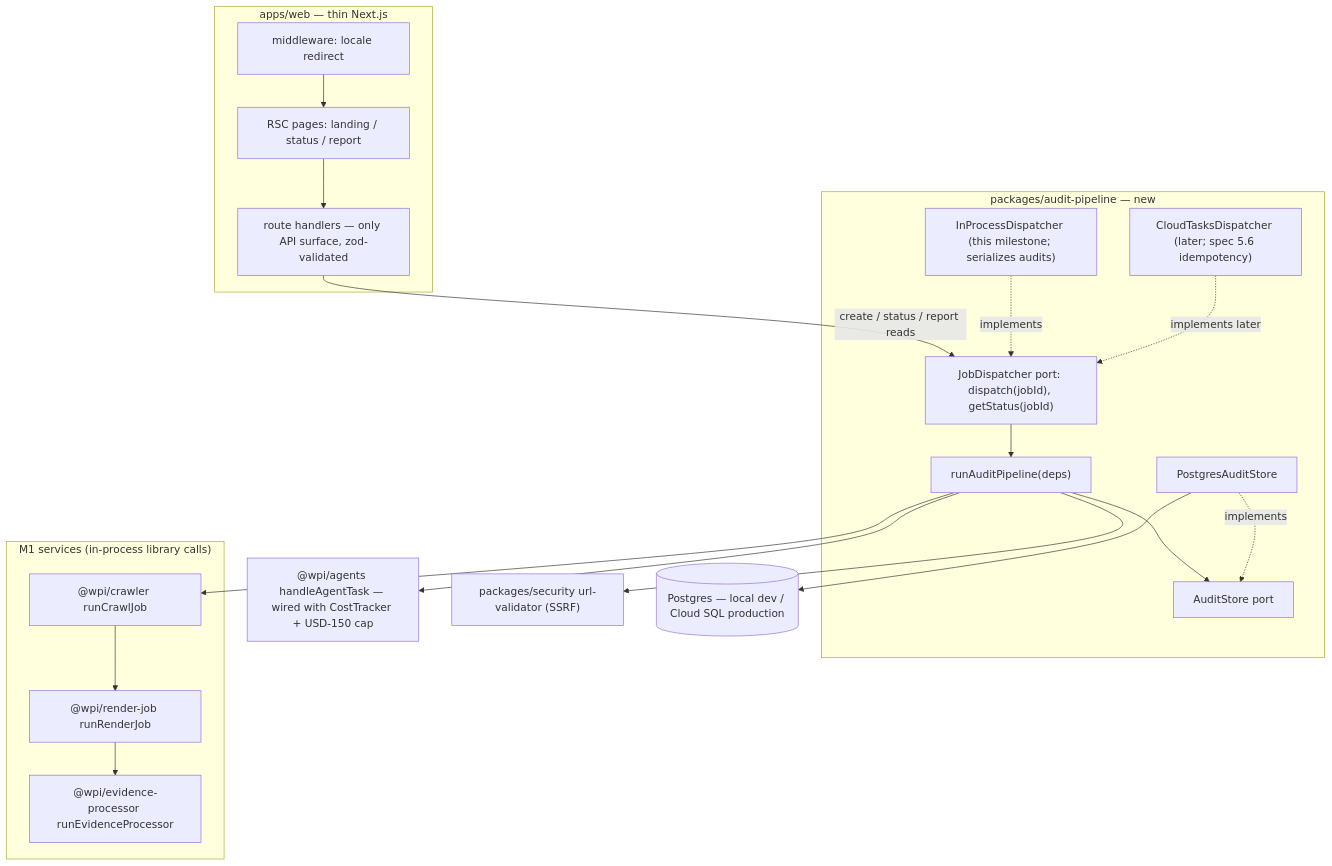
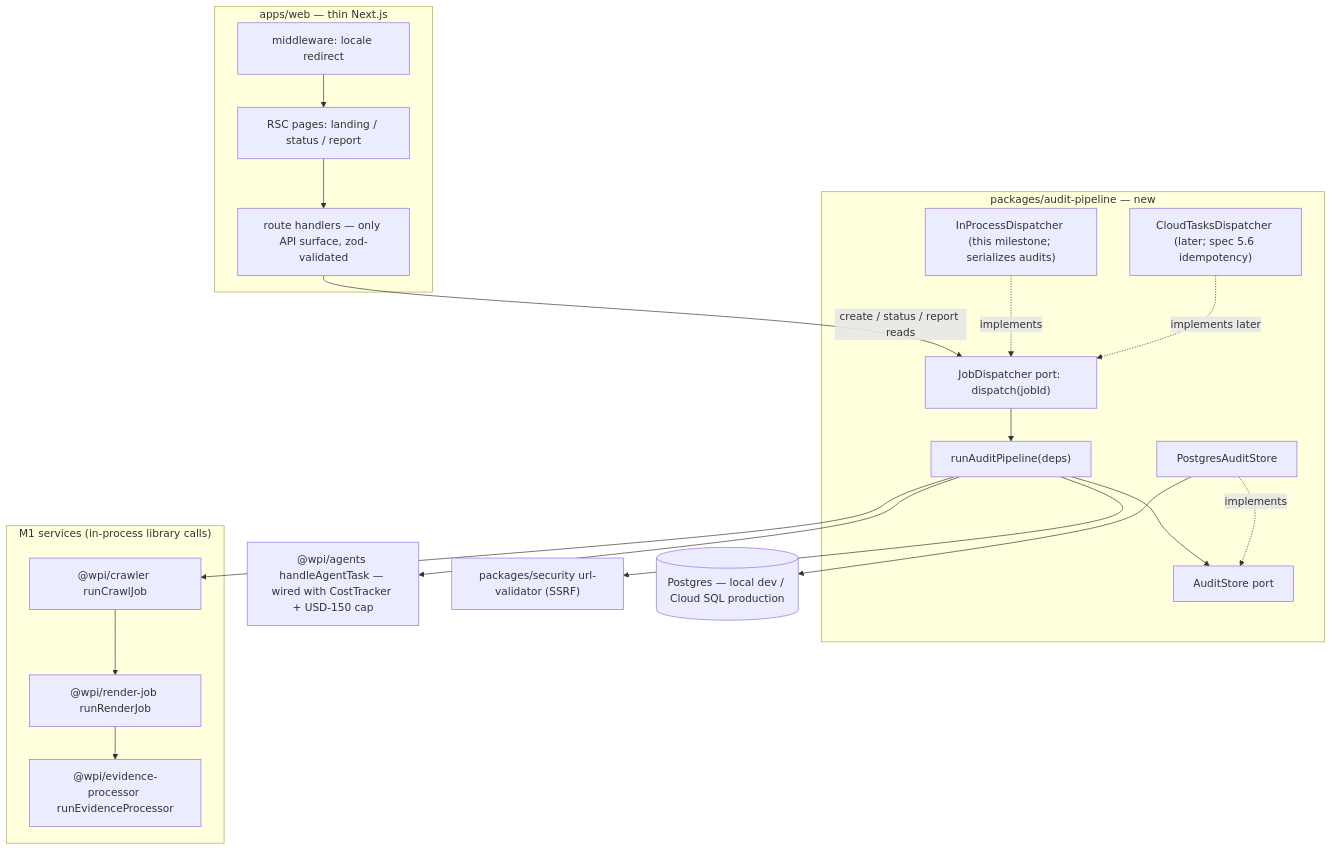
Before and after one commit to al-ai-hq/Web-Inteligence: the first of 5 diagrams in docs/superpowers/specs/2026-10-02-m4-web-frontend-design.md, drawn with Mermaid. The commit also changed other lines of this file, not shown here.

````diff
--- a/docs/superpowers/specs/2026-10-02-m4-web-frontend-design.md
+++ b/docs/superpowers/specs/2026-10-02-m4-web-frontend-design.md
@@ -36,37 +36,37 @@
 ```mermaid
 flowchart TB
     subgraph web["apps/web — thin Next.js"]
         MW["middleware: locale redirect"]
         UI["RSC pages: landing / status / report"]
         RH["route handlers — only API surface, zod-validated"]
     end
     subgraph pipeline["packages/audit-pipeline — new"]
-        PORT["JobDispatcher port: dispatch(jobId), getStatus(jobId)"]
+        PORT["JobDispatcher port: dispatch(jobId)"]
         IPD["InProcessDispatcher (this milestone; serializes audits)"]
         CTD["CloudTasksDispatcher (later; spec 5.6 idempotency)"]
         RUN["runAuditPipeline(deps)"]
         AST["AuditStore port"]
         PGS["PostgresAuditStore"]
     end
     subgraph m1["M1 services (in-process library calls)"]
         CR["@wpi/crawler runCrawlJob"]
         RJ["@wpi/render-job runRenderJob"]
         EP["@wpi/evidence-processor runEvidenceProcessor"]
     end
     AG["@wpi/agents handleAgentTask — wired with CostTracker + USD-150 cap"]
     UV["packages/security url-validator (SSRF)"]
     DB[("Postgres — local dev / Cloud SQL production")]
     MW --> UI --> RH
     RH -->|"create / status / report reads"| PORT
     IPD -.->|implements| PORT
     CTD -.->|implements later| PORT
     PORT --> RUN
     RUN --> UV
     RUN --> CR
     CR --> RJ
     RJ --> EP
     RUN --> AG
     RUN --> AST
     PGS -.->|implements| AST
     PGS --> DB
 ```
````
